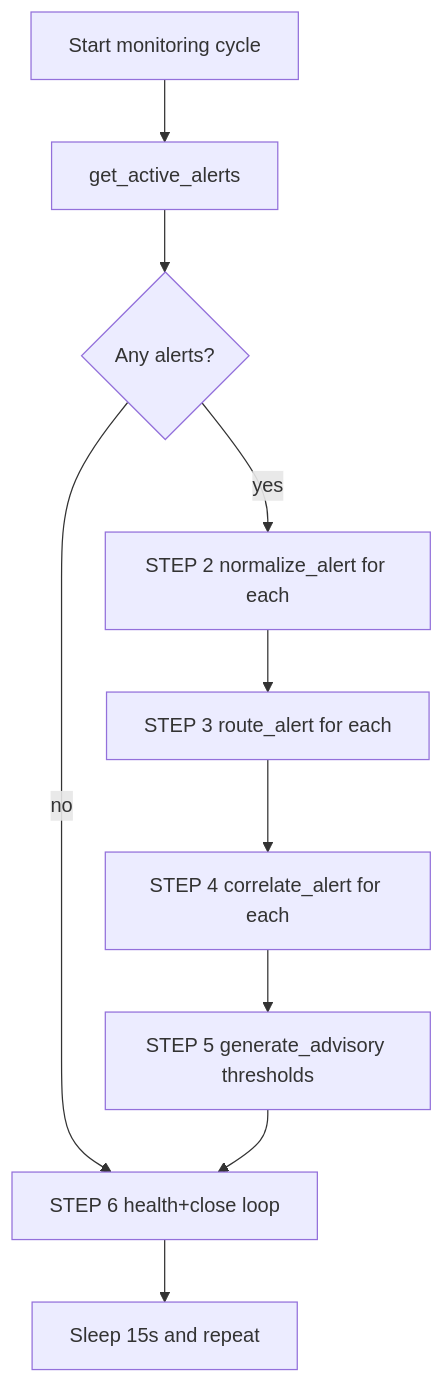
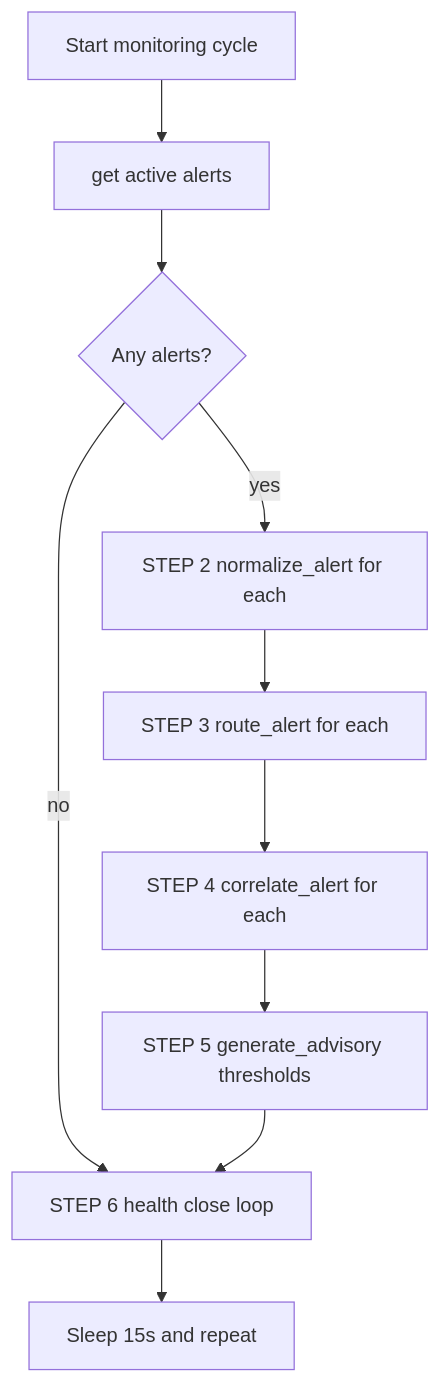
One commit to H2M-Agents/NOC-Whisperer changed the fifth of 5 diagrams in docs/AGENT_MENTAL_MODELS.md. Above: the diagram before and after it, drawn with Mermaid. The commit also changed other lines of this file, not shown here.

Commit message:
docs: harden mermaid labels for github parser compatibility

````diff
--- a/docs/AGENT_MENTAL_MODELS.md
+++ b/docs/AGENT_MENTAL_MODELS.md
@@ -269,12 +269,12 @@
 ```mermaid
 flowchart TD
-  CYCLE[Start monitoring cycle] --> A1[get_active_alerts]
+  CYCLE[Start monitoring cycle] --> A1[get active alerts]
   A1 --> Z{Any alerts?}
-  Z -->|no| S6[STEP 6 health+close loop]
+  Z -->|no| S6[STEP 6 health close loop]
   Z -->|yes| S2[STEP 2 normalize_alert for each]
   S2 --> S3[STEP 3 route_alert for each]
   S3 --> S4[STEP 4 correlate_alert for each]
   S4 --> S5[STEP 5 generate_advisory thresholds]
   S5 --> S6
   S6 --> WAIT[Sleep 15s and repeat]
 ```
````
